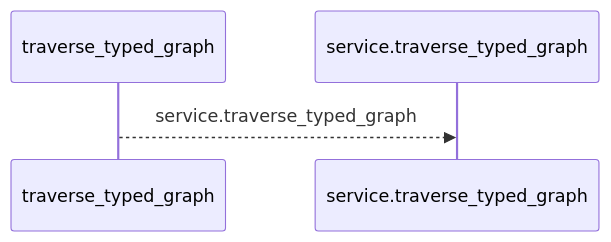
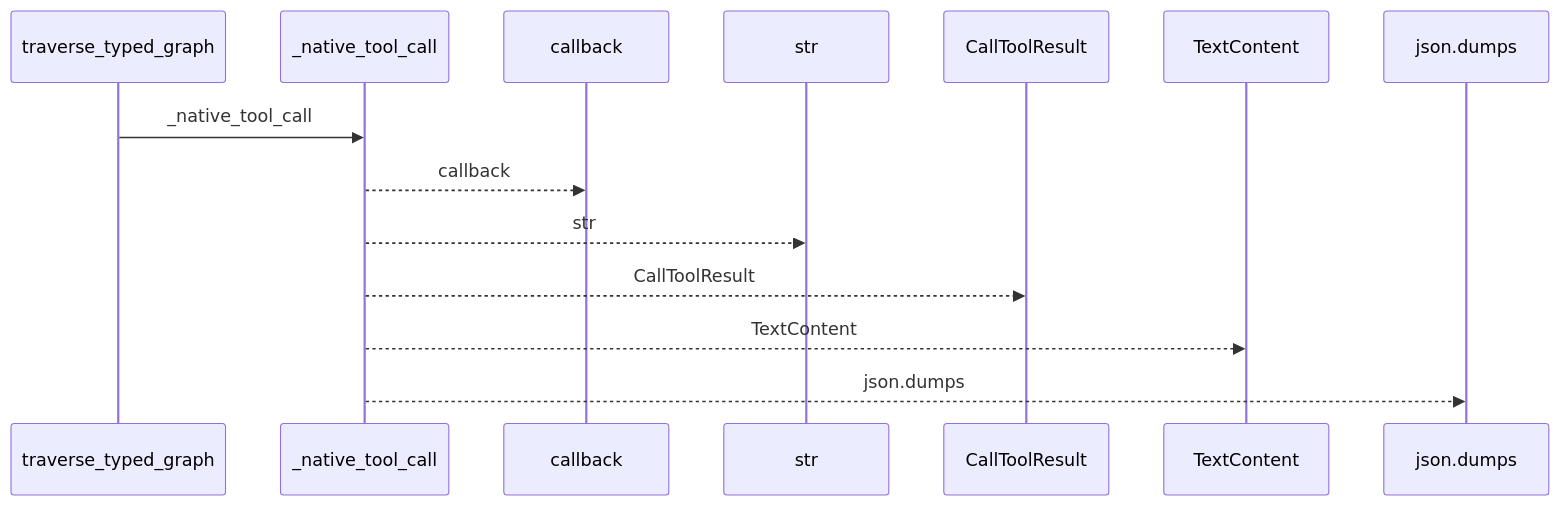
Before and after one commit to Denissvgn/python-wiki-llm: the first of 2 diagrams in docs/llm_wiki/flows/mcp-traverse_typed_graph.md, drawn with Mermaid. The commit also changed other lines of this file and 398 other files, not shown here.

````diff
--- a/docs/llm_wiki/flows/mcp-traverse_typed_graph.md
+++ b/docs/llm_wiki/flows/mcp-traverse_typed_graph.md
@@ -10,6 +10,16 @@
 ```mermaid
 sequenceDiagram
     participant p0 as traverse_typed_graph
-    participant p1 as service.traverse_typed_graph
-    p0-->>p1: service.traverse_typed_graph
+    participant p1 as _native_tool_call
+    participant p2 as callback
+    participant p3 as str
+    participant p4 as CallToolResult
+    participant p5 as TextContent
+    participant p6 as json.dumps
+    p0->>p1: _native_tool_call
+    p1-->>p2: callback
+    p1-->>p3: str
+    p1-->>p4: CallToolResult
+    p1-->>p5: TextContent
+    p1-->>p6: json.dumps
 ```
````
